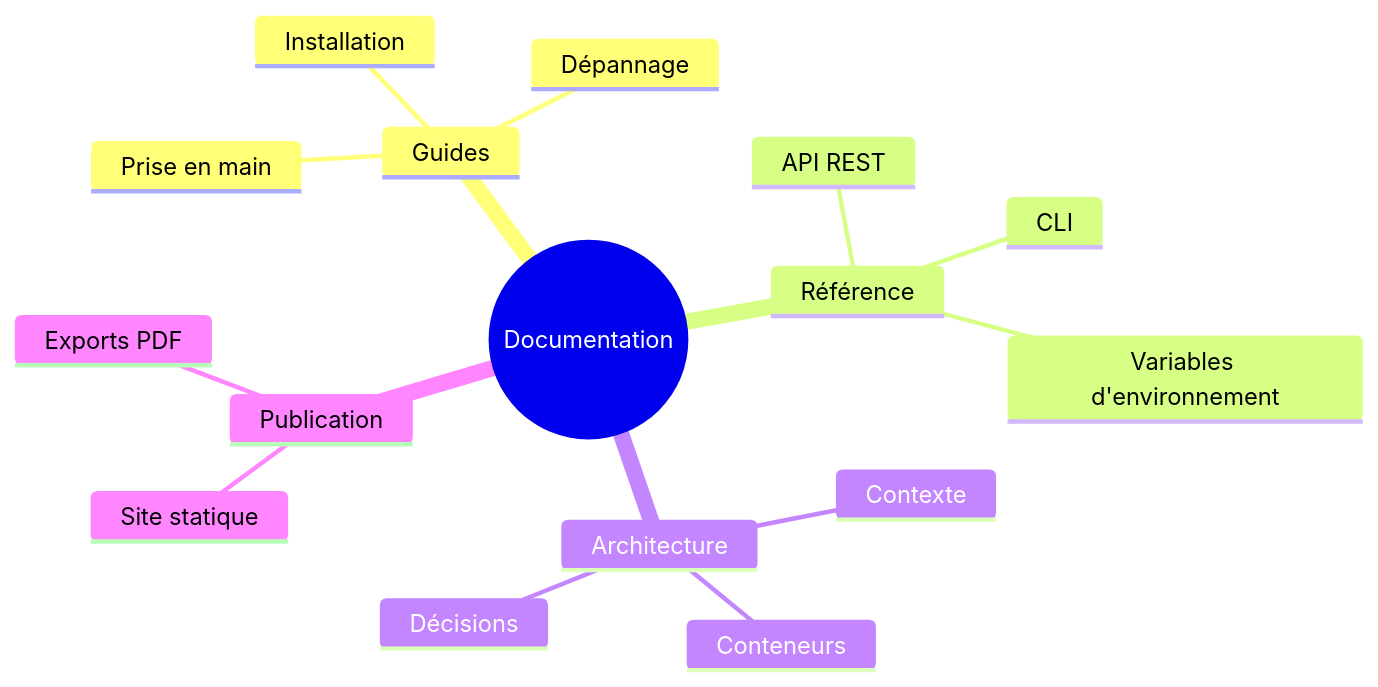
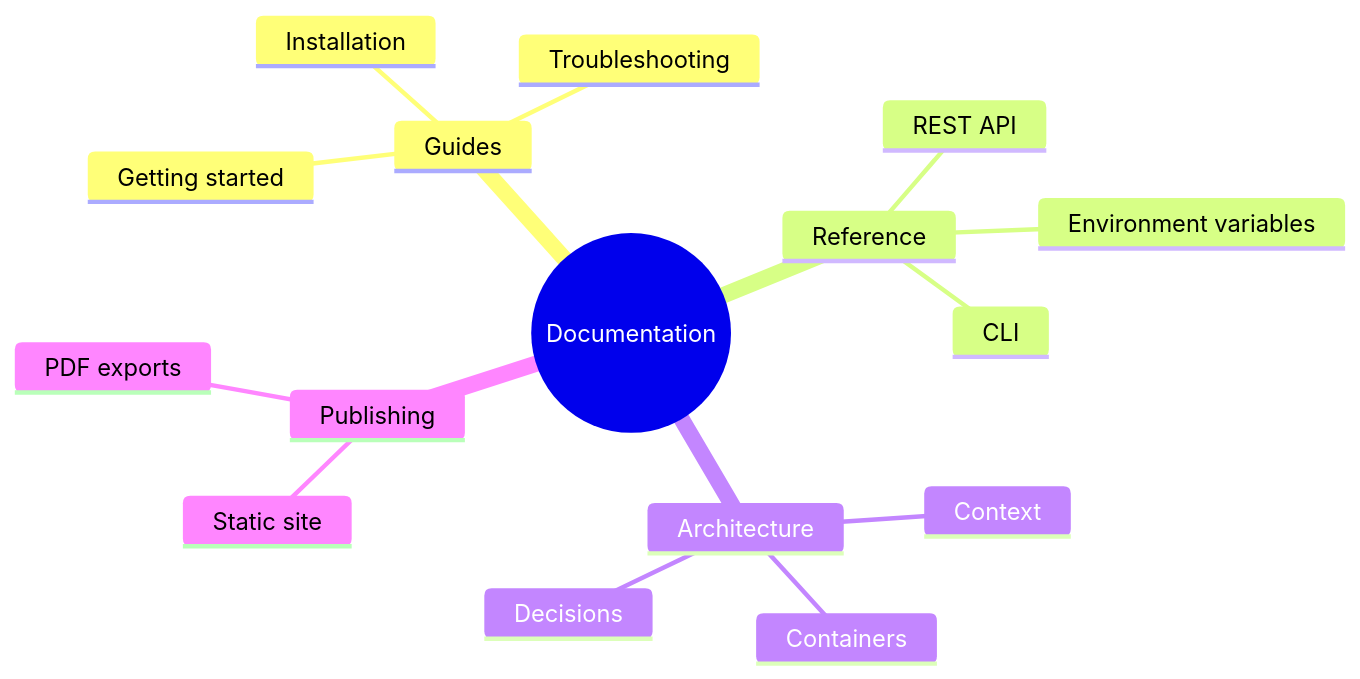
Diagram 15 of 25 in docs/mermaid-diagrams.mdx (InnovateIt-ak/docusaurus), drawn with Mermaid before and after one commit. The commit also changed other lines of this file, not shown here.

First line of the commit message:
Translate the Mermaid reference page to English

````diff
--- a/docs/mermaid-diagrams.mdx
+++ b/docs/mermaid-diagrams.mdx
@@ -747,19 +744,19 @@
 ```mermaid
 mindmap
     root((Documentation))
         Guides
-            Prise en main
+            Getting started
             Installation
-            Dépannage
-        Référence
-            API REST
+            Troubleshooting
+        Reference
+            REST API
             CLI
-            Variables d'environnement
+            Environment variables
         Architecture
-            Contexte
-            Conteneurs
-            Décisions
-        Publication
-            Site statique
-            Exports PDF
+            Context
+            Containers
+            Decisions
+        Publishing
+            Static site
+            PDF exports
 ```
````
